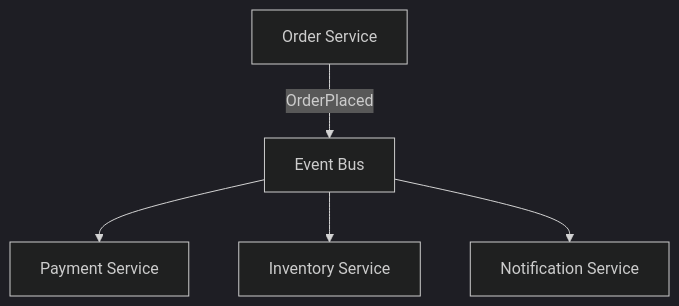
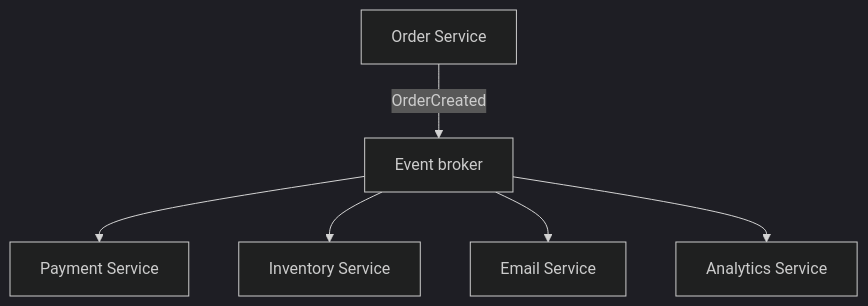
The sixth of 28 diagrams in 06-messaging-and-events/README.md (hareramcse/SystemDesign), drawn with Mermaid (dark theme) before and after one commit. The commit also changed other lines of this file, not shown here.

````diff
--- a/06-messaging-and-events/README.md
+++ b/06-messaging-and-events/README.md
@@ -251,7 +966,8 @@
 ```mermaid
 flowchart TB
-    OrderSvc[Order Service] -->|OrderPlaced| Bus[Event Bus]
+    OrderSvc[Order Service] -->|OrderCreated| Bus[Event broker]
     Bus --> Payment[Payment Service]
     Bus --> Inventory[Inventory Service]
-    Bus --> Notify[Notification Service]
+    Bus --> Email[Email Service]
+    Bus --> Analytics[Analytics Service]
 ```
````
